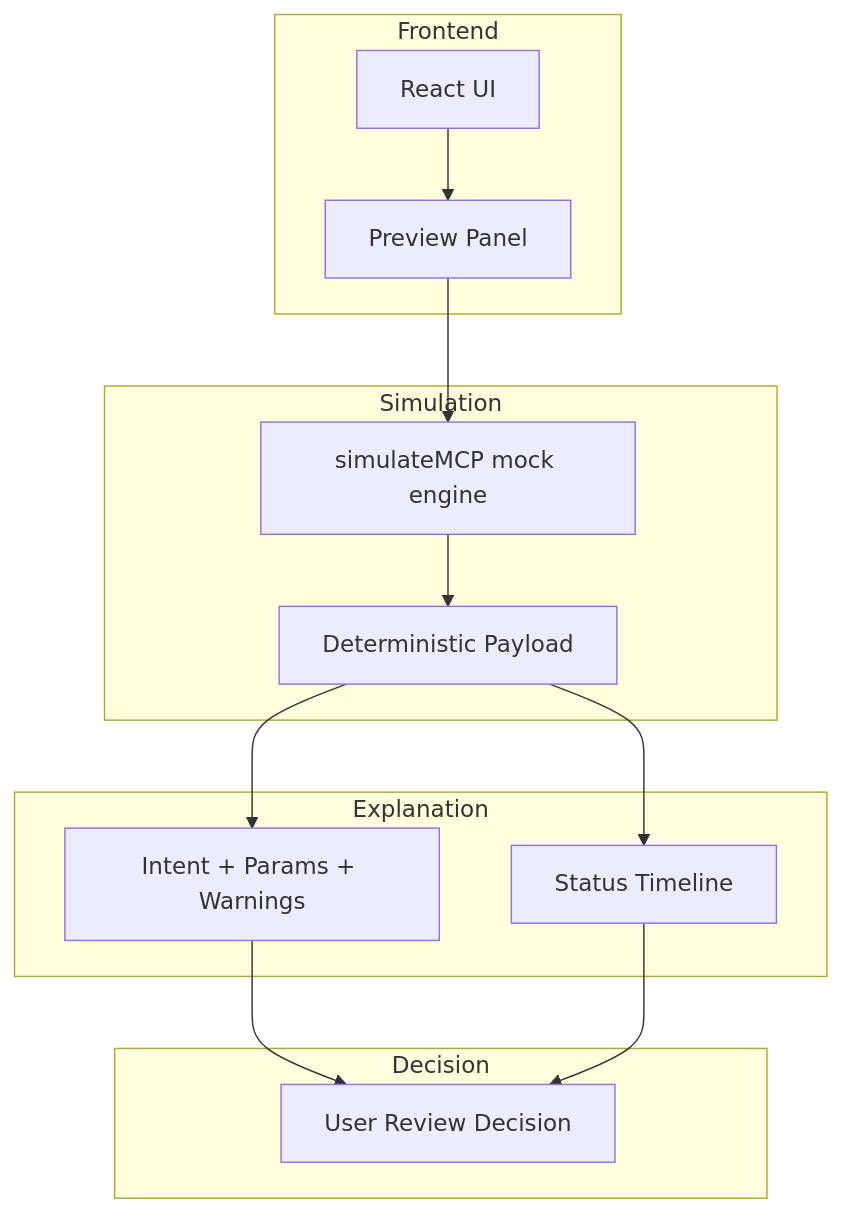
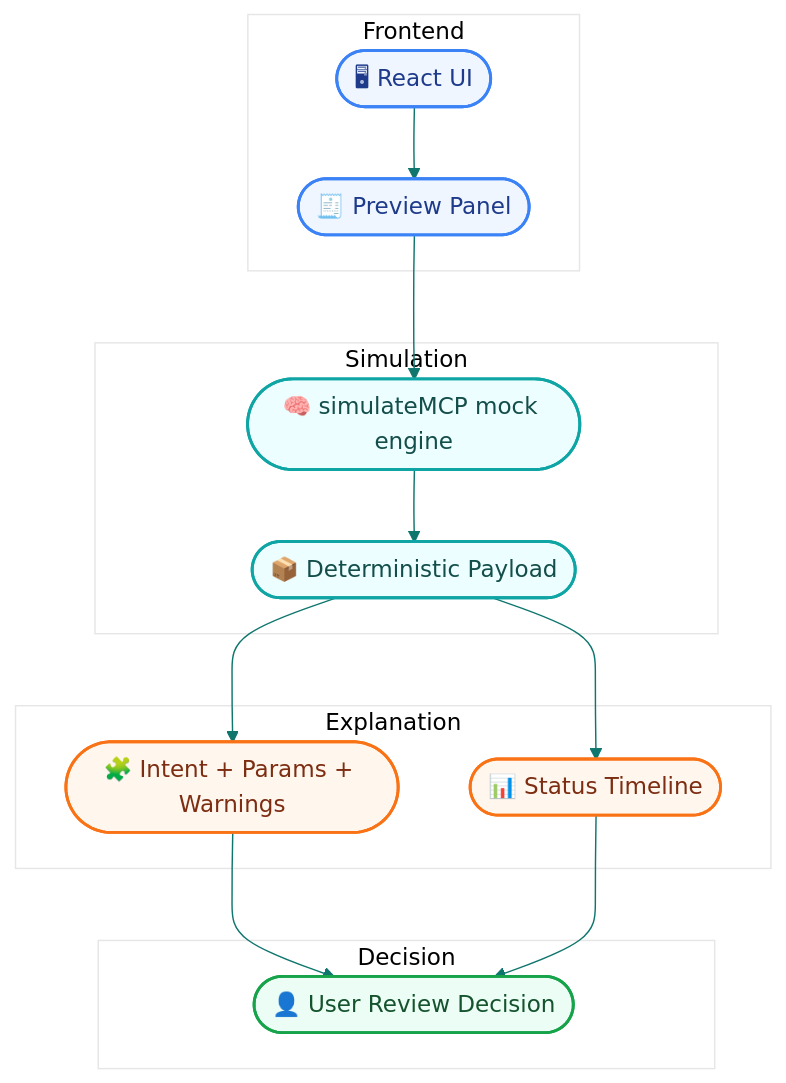
Before and after one commit to sunshineluyao/Moss-Mcp-Transaction: the fourth of 8 diagrams in README.md, drawn with Mermaid. The commit also changed other lines of this file, not shown here.

Commit message:
docs: apply cohesive visual theme to all mermaid diagrams

````diff
--- a/README.md
+++ b/README.md
@@ -262,23 +325,34 @@
 ```mermaid
+%%{init: {'theme':'base','themeVariables': {'fontFamily':'Trebuchet MS, Segoe UI, sans-serif','primaryColor':'#f0fdfa','primaryBorderColor':'#14b8a6','primaryTextColor':'#0f172a','lineColor':'#0f766e','secondaryColor':'#f8fafc','tertiaryColor':'#ffffff'}}}%%
 flowchart TB
   subgraph L1[Frontend]
-    UI[React UI] --> Preview[Preview Panel]
+    UI([🖥 React UI]) --> Preview([🧾 Preview Panel])
   end
 
   subgraph L2[Simulation]
-    Engine[simulateMCP mock engine] --> Data[Deterministic Payload]
+    Engine([🧠 simulateMCP mock engine]) --> Data([📦 Deterministic Payload])
   end
 
   subgraph L3[Explanation]
-    Cards[Intent + Params + Warnings]
-    Timeline[Status Timeline]
+    Cards([🧩 Intent + Params + Warnings])
+    Timeline([📊 Status Timeline])
   end
 
   subgraph L4[Decision]
-    User[User Review Decision]
+    User([👤 User Review Decision])
   end
 
   Preview --> Engine
   Data --> Cards --> User
   Data --> Timeline --> User
+
+  classDef frontend fill:#eff6ff,stroke:#3b82f6,stroke-width:2px,color:#1e3a8a;
+  classDef sim fill:#ecfeff,stroke:#0ea5a4,stroke-width:2px,color:#134e4a;
+  classDef explain fill:#fff7ed,stroke:#f97316,stroke-width:2px,color:#7c2d12;
+  classDef decision fill:#ecfdf5,stroke:#16a34a,stroke-width:2px,color:#14532d;
+
+  class UI,Preview frontend;
+  class Engine,Data sim;
+  class Cards,Timeline explain;
+  class User decision;
 ```
````
